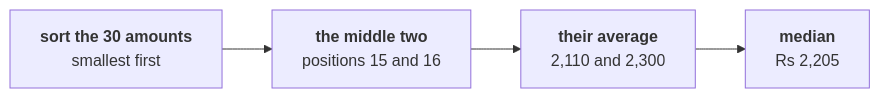
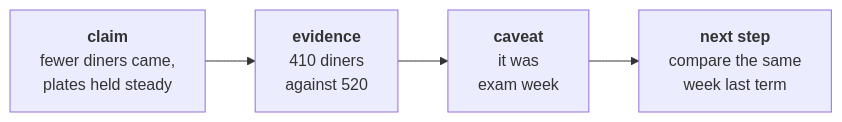
Before and after one commit to fde-academy-lab/c2-content-factory: the fourth of 11 diagrams in content/W01/D1/slides/C2_W01_D01_half2_STUDENT.md, drawn with Mermaid. The commit also changed other lines of this file and 1 other file, not shown here.

````diff
--- a/content/W01/D1/slides/C2_W01_D01_half2_STUDENT.md
+++ b/content/W01/D1/slides/C2_W01_D01_half2_STUDENT.md
@@ -364,4 +144,6 @@
 ```mermaid
 flowchart LR
-    A["<b>sort the 30 amounts</b><br/>smallest first"] --> M["<b>the middle two</b><br/>positions 15 and 16"] --> R["<b>their average</b><br/>2,110 and 2,300"] --> X["<b>median</b><br/>Rs 2,205"]
+    A["<b>claim</b><br/>fewer diners came,<br/>plates held steady"] --> B["<b>evidence</b><br/>410 diners<br/>against 520"]
+    B --> C["<b>caveat</b><br/>it was<br/>exam week"]
+    C --> D["<b>next step</b><br/>compare the same<br/>week last term"]
 ```
````
